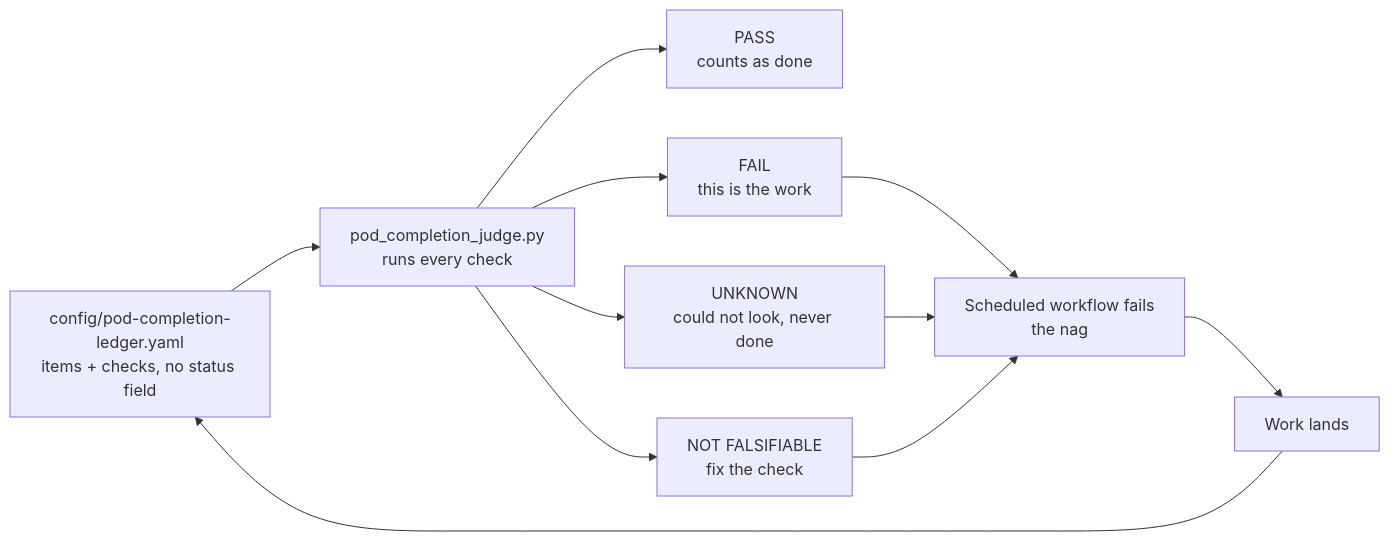
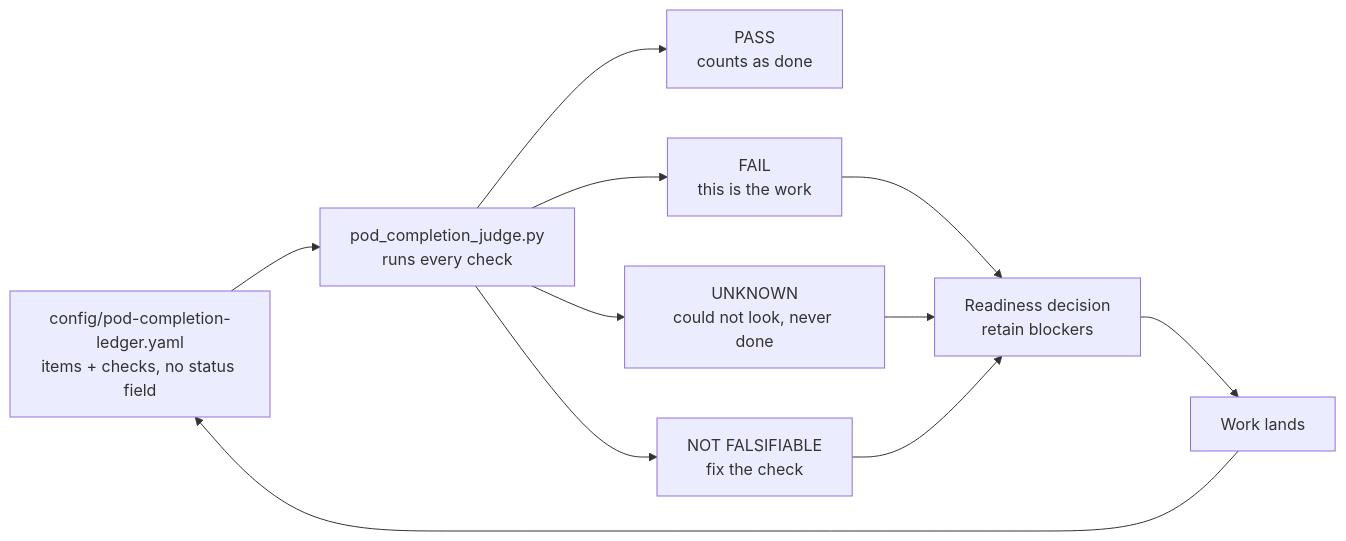
The diagram in docs/reference/operations/pod-completion-judge.md (hushh-labs/hushh-research), drawn with Mermaid before and after one commit. The commit also changed other lines of this file and 20 other files, not shown here.

````diff
--- a/docs/reference/operations/pod-completion-judge.md
+++ b/docs/reference/operations/pod-completion-judge.md
@@ -5,12 +5,12 @@
 ```mermaid
 flowchart LR
   ledger["config/pod-completion-ledger.yaml<br/>items + checks, no status field"] --> judge["pod_completion_judge.py<br/>runs every check"]
   judge --> pass["PASS<br/>counts as done"]
   judge --> fail["FAIL<br/>this is the work"]
   judge --> unknown["UNKNOWN<br/>could not look, never done"]
   judge --> hollow["NOT FALSIFIABLE<br/>fix the check"]
-  fail --> nag["Scheduled workflow fails<br/>the nag"]
-  unknown --> nag
-  hollow --> nag
-  nag --> work["Work lands"] --> ledger
+  fail --> review["Readiness decision<br/>retain blockers"]
+  unknown --> review
+  hollow --> review
+  review --> work["Work lands"] --> ledger
 ```
````
